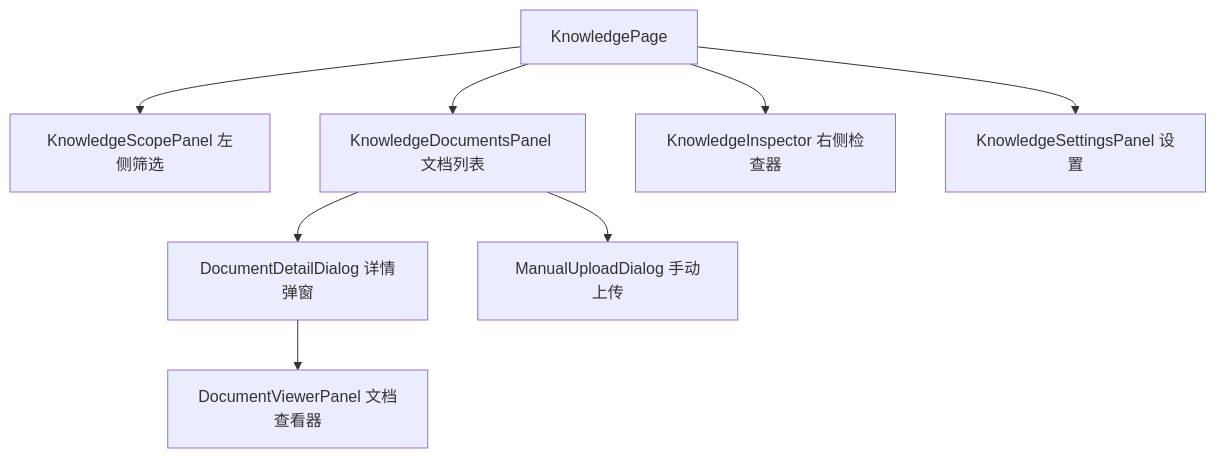
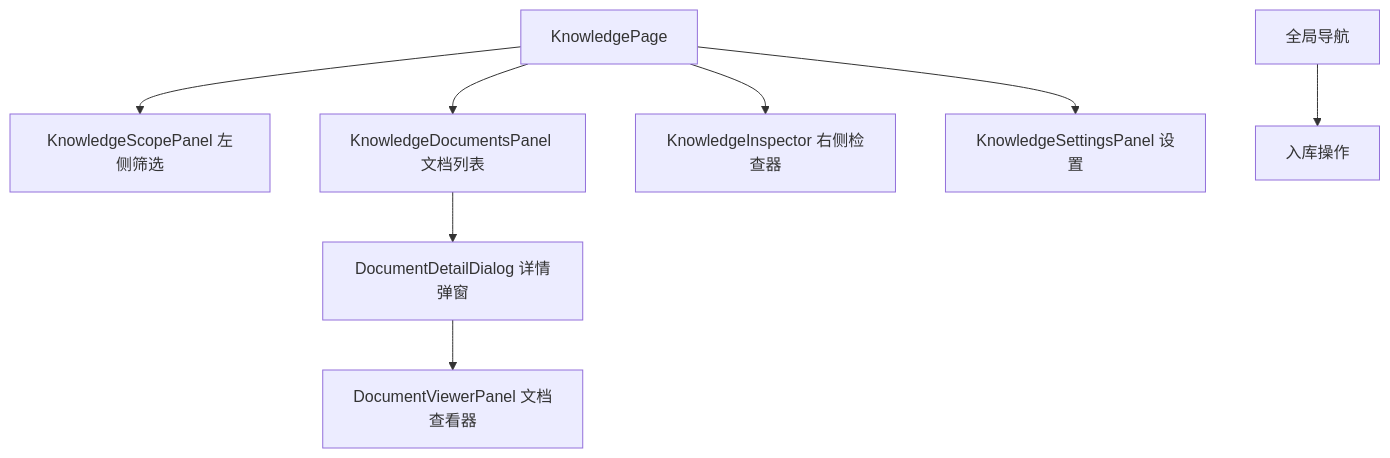
The first of 2 diagrams in docs-site/docs/frontend/documents/overview.md (skygazer42/MimirQ), drawn with Mermaid before and after one commit. The commit also changed other lines of this file and 3886 other files, not shown here.

````diff
--- a/docs-site/docs/frontend/documents/overview.md
+++ b/docs-site/docs/frontend/documents/overview.md
@@ -24,10 +24,10 @@
 ```mermaid
 graph TD
   A[KnowledgePage] --> B[KnowledgeScopePanel 左侧筛选]
   A --> C[KnowledgeDocumentsPanel 文档列表]
   A --> D[KnowledgeInspector 右侧检查器]
   A --> E[KnowledgeSettingsPanel 设置]
   C --> F[DocumentDetailDialog 详情弹窗]
-  C --> G[ManualUploadDialog 手动上传]
+  N[全局导航] --> G[入库操作]
   F --> H[DocumentViewerPanel 文档查看器]
 ```
````
